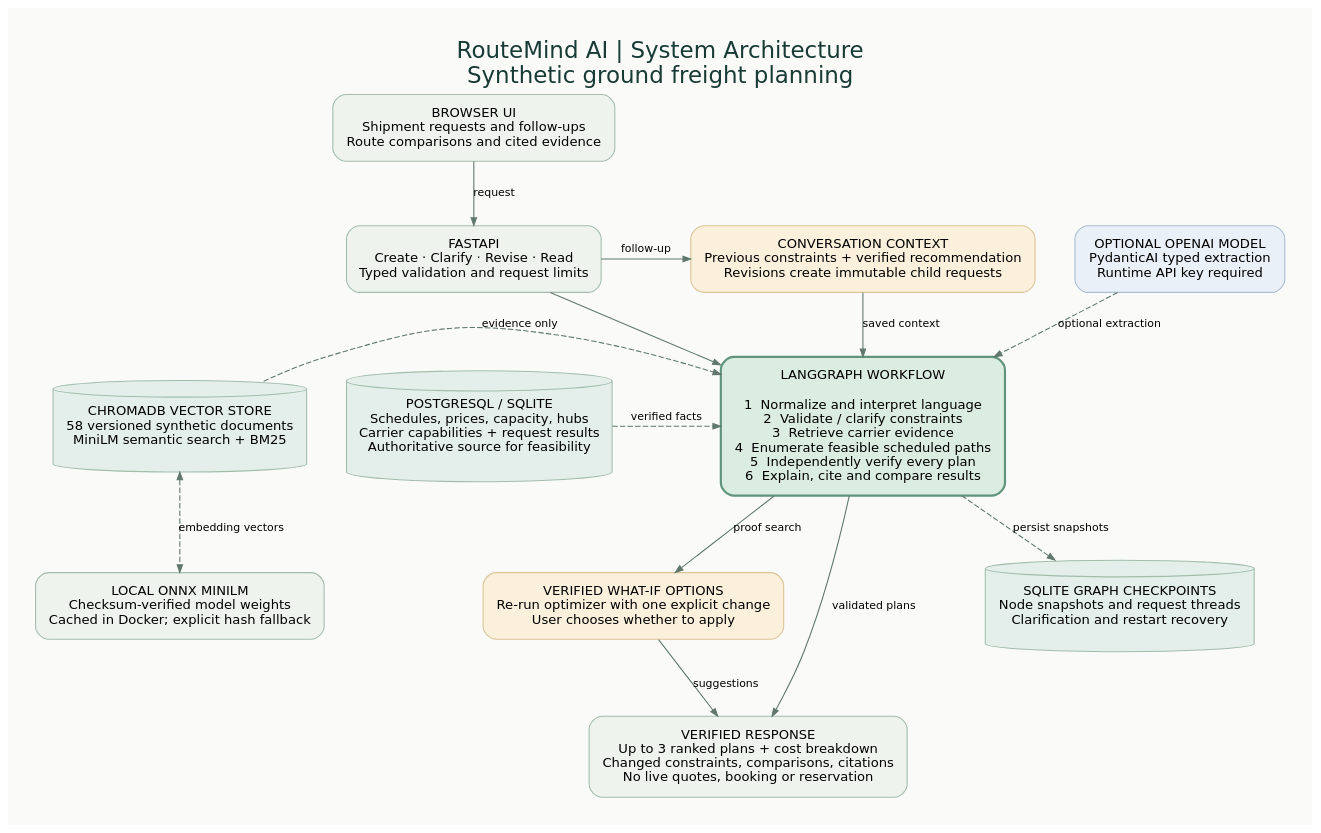
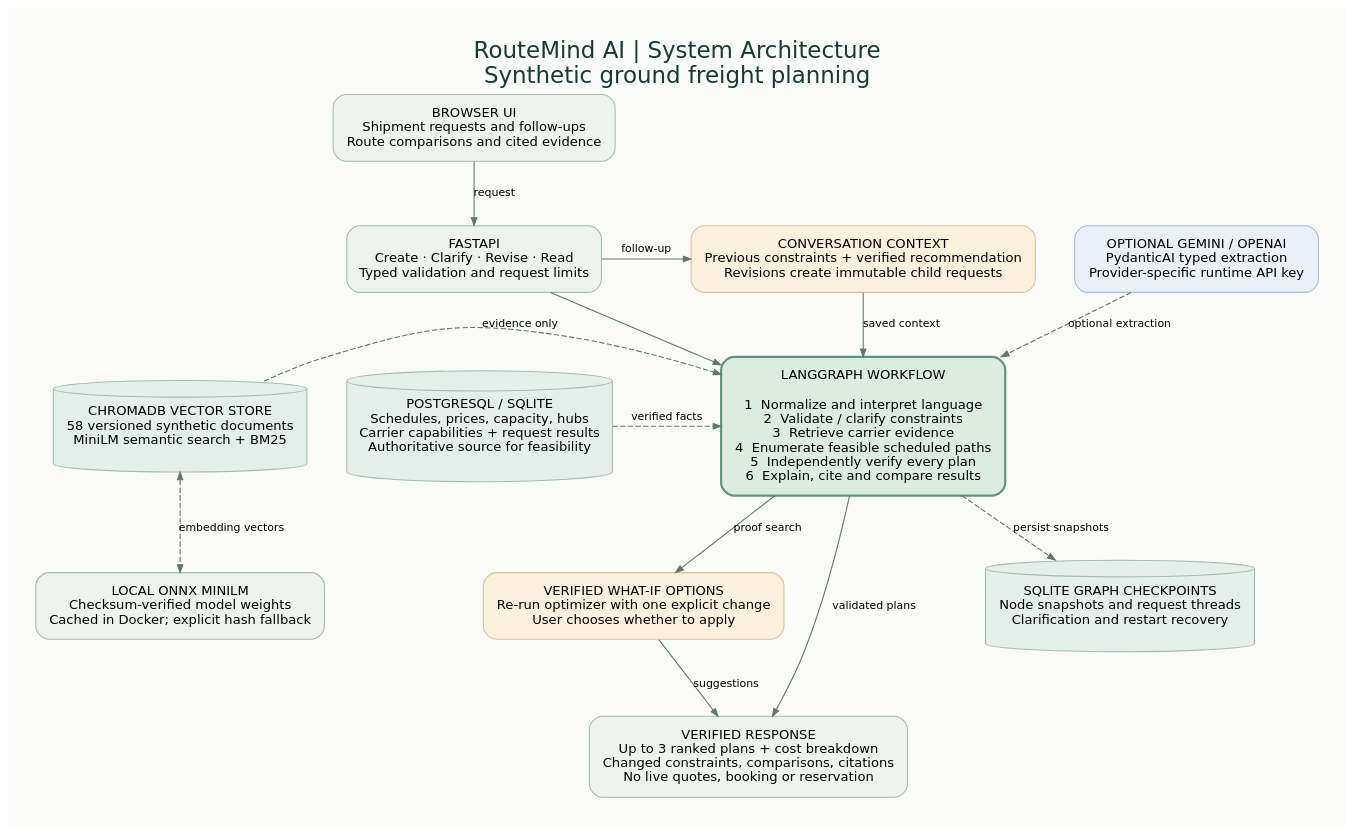
The diagram in docs/architecture.dot (chetsp/RouteMind-AI), drawn with Graphviz before and after one commit. The commit also changed 12 other files, not shown here.

Commit message:
Support Gemini for typed shipment extraction alongside OpenAI

```diff
--- a/docs/architecture.dot
+++ b/docs/architecture.dot
@@ -1,35 +1,35 @@
 digraph RouteMind {
   graph [rankdir=TB, bgcolor="#fafbf9", pad="0.35", nodesep="0.5", ranksep="0.65",
          label="RouteMind AI | System Architecture\nSynthetic ground freight planning", labelloc=t,
          fontname="DejaVu Sans", fontsize=21, fontcolor="#183b35"];
   node [shape=box, style="rounded,filled", fillcolor="#eef3ed", color="#a3bdad", fontname="DejaVu Sans", fontsize=12, margin="0.18,0.15"];
   edge [color="#60786c", arrowsize=0.7, fontname="DejaVu Sans", fontsize=10];
 
   browser [label="BROWSER UI\nShipment requests and follow-ups\nRoute comparisons and cited evidence"];
   api [label="FASTAPI\nCreate · Clarify · Revise · Read\nTyped validation and request limits"];
   context [label="CONVERSATION CONTEXT\nPrevious constraints + verified recommendation\nRevisions create immutable child requests", fillcolor="#fbf0dc", color="#dbc497"];
-  llm [label="OPTIONAL OPENAI MODEL\nPydanticAI typed extraction\nRuntime API key required", fillcolor="#eaf0f7", color="#a9bdd2"];
+  llm [label="OPTIONAL GEMINI / OPENAI\nPydanticAI typed extraction\nProvider-specific runtime API key", fillcolor="#eaf0f7", color="#a9bdd2"];
   workflow [label="LANGGRAPH WORKFLOW\n\n1  Normalize and interpret language\n2  Validate / clarify constraints\n3  Retrieve carrier evidence\n4  Enumerate feasible scheduled paths\n5  Independently verify every plan\n6  Explain, cite and compare results", fillcolor="#dbece1", color="#60947b", penwidth=2];
   chroma [label="CHROMADB VECTOR STORE\n58 versioned synthetic documents\nMiniLM semantic search + BM25", shape=cylinder, fillcolor="#e4eeeb"];
   sql [label="POSTGRESQL / SQLITE\nSchedules, prices, capacity, hubs\nCarrier capabilities + request results\nAuthoritative source for feasibility", shape=cylinder, fillcolor="#e4eeeb"];
   model [label="LOCAL ONNX MINILM\nChecksum-verified model weights\nCached in Docker; explicit hash fallback"];
   checkpoints [label="SQLITE GRAPH CHECKPOINTS\nNode snapshots and request threads\nClarification and restart recovery", shape=cylinder, fillcolor="#e4eeeb"];
   whatif [label="VERIFIED WHAT-IF OPTIONS\nRe-run optimizer with one explicit change\nUser chooses whether to apply", fillcolor="#fbf0dc", color="#dbc497"];
   result [label="VERIFIED RESPONSE\nUp to 3 ranked plans + cost breakdown\nChanged constraints, comparisons, citations\nNo live quotes, booking or reservation"];
 
   {rank=same; llm; api; context;}
   {rank=same; chroma; workflow; sql;}
   {rank=same; model; whatif; checkpoints;}
   browser -> api [label="request"];
   api -> workflow;
   api -> context [label="follow-up"];
   context -> workflow [label="saved context"];
   llm -> workflow [label="optional extraction", style=dashed];
   chroma -> workflow [label="evidence only", style=dashed];
   sql -> workflow [label="verified facts", style=dashed];
   workflow -> checkpoints [label="persist snapshots", style=dashed];
   chroma -> model [label="embedding vectors", dir=both, style=dashed];
   workflow -> whatif [label="proof search"];
   whatif -> result [label="suggestions"];
   workflow -> result [label="validated plans"];
 }
```
